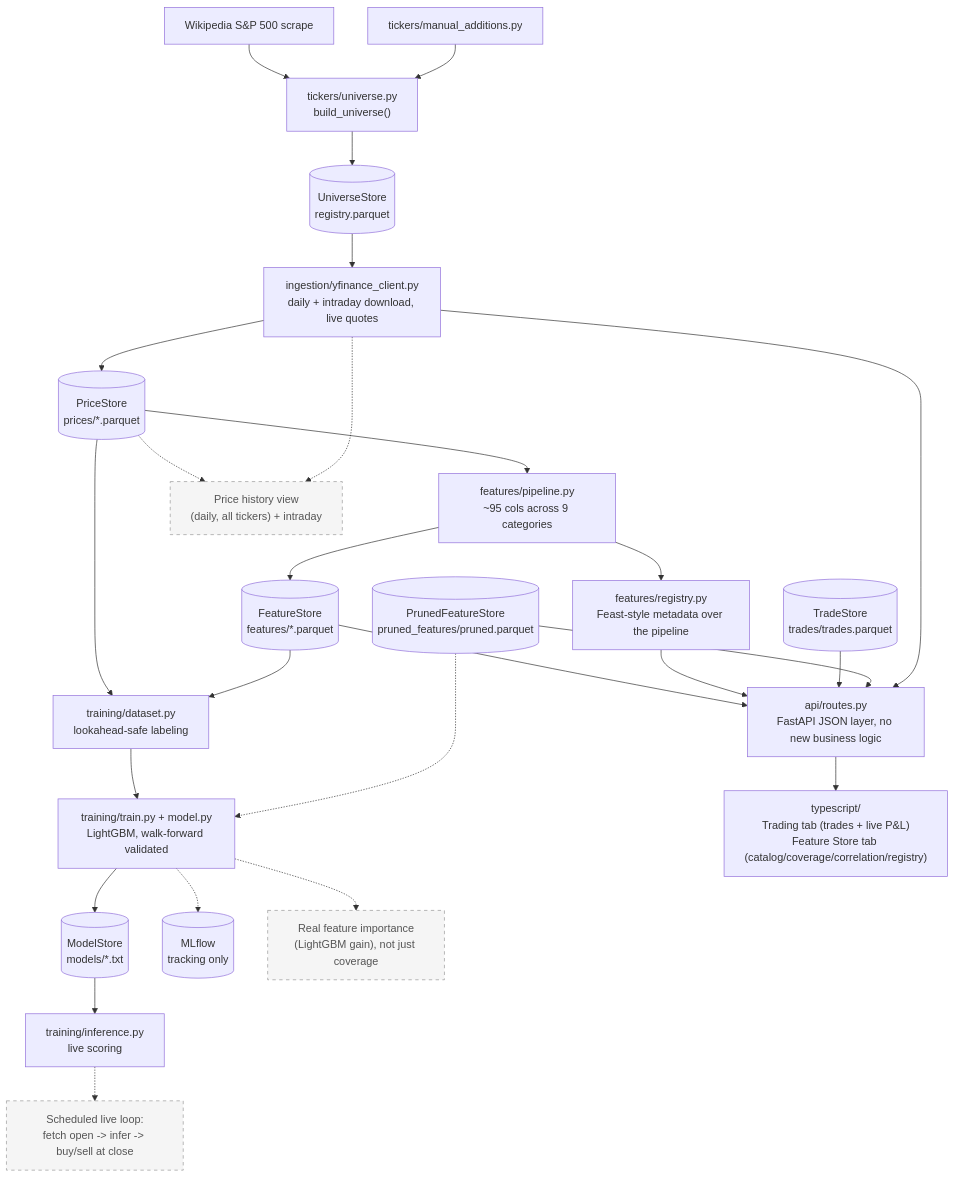
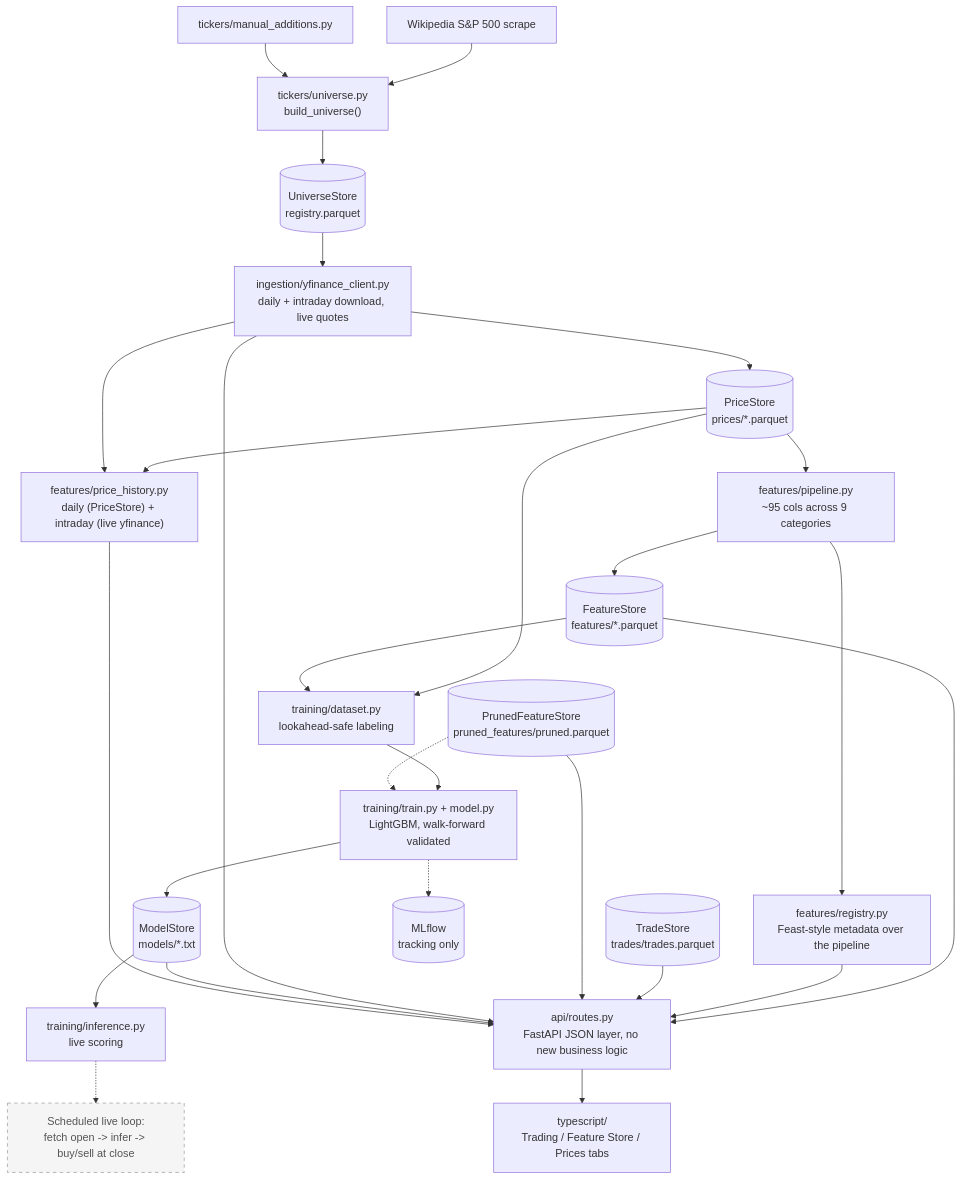
One commit to fartzy/stock-picker changed the diagram in README.md. Above: the diagram before and after it, drawn with Mermaid. The commit also changed other lines of this file and 14 other files, not shown here.

First line of the commit message:
Add a Prices tab: daily + hourly OHLCV history with a line chart (#11)

````diff
--- a/README.md
+++ b/README.md
@@ -12,59 +12,59 @@
 ```mermaid
 flowchart TB
     WIKI["Wikipedia S&amp;P 500 scrape"]
     MANUAL["tickers/manual_additions.py"]
     BUILDUNIV["tickers/universe.py<br/>build_universe()"]
     YF["ingestion/yfinance_client.py<br/>daily + intraday download, live quotes"]
 
     US[("UniverseStore<br/>registry.parquet")]
     PS[("PriceStore<br/>prices/*.parquet")]
     FS[("FeatureStore<br/>features/*.parquet")]
     MS[("ModelStore<br/>models/*.txt")]
     TS[("TradeStore<br/>trades/trades.parquet")]
     PFS[("PrunedFeatureStore<br/>pruned_features/pruned.parquet")]
 
     FEATPIPE["features/pipeline.py<br/>~95 cols across 9 categories"]
     REGISTRY["features/registry.py<br/>Feast-style metadata over the pipeline"]
 
     DATASET["training/dataset.py<br/>lookahead-safe labeling"]
     TRAIN["training/train.py + model.py<br/>LightGBM, walk-forward validated"]
     INFER["training/inference.py<br/>live scoring"]
     MLFLOW[("MLflow<br/>tracking only")]
 
     API["api/routes.py<br/>FastAPI JSON layer, no new business logic"]
-    WEB["typescript/<br/>Trading tab (trades + live P&amp;L)<br/>Feature Store tab (catalog/coverage/correlation/registry)"]
+    WEB["typescript/<br/>Trading / Feature Store / Prices tabs"]
+    PRICEHIST["features/price_history.py<br/>daily (PriceStore) + intraday (live yfinance)"]
 
     WIKI --> BUILDUNIV
     MANUAL --> BUILDUNIV
     BUILDUNIV --> US
     US --> YF
     YF --> PS
     PS --> FEATPIPE
     FEATPIPE --> FS
     PS --> DATASET
     FS --> DATASET
     DATASET --> TRAIN
     TRAIN --> MS
     TRAIN -.-> MLFLOW
     MS --> INFER
     PFS -.-> TRAIN
     FEATPIPE --> REGISTRY
     FS --> API
     REGISTRY --> API
     TS --> API
     PFS --> API
     YF --> API
+    MS --> API
+    PS --> PRICEHIST
+    YF --> PRICEHIST
+    PRICEHIST --> API
     API --> WEB
 
-    PRICEHIST["Price history view<br/>(daily, all tickers) + intraday"]
     LIVE["Scheduled live loop:<br/>fetch open -> infer -> buy/sell at close"]
-    IMPORTANCE["Real feature importance<br/>(LightGBM gain), not just coverage"]
 
-    PS -.-> PRICEHIST
-    YF -.-> PRICEHIST
     INFER -.-> LIVE
-    TRAIN -.-> IMPORTANCE
 
     classDef planned stroke-dasharray: 5 5,fill:#f5f5f5,stroke:#999,color:#555;
-    class PRICEHIST,LIVE,IMPORTANCE planned;
+    class LIVE planned;
 ```
````
